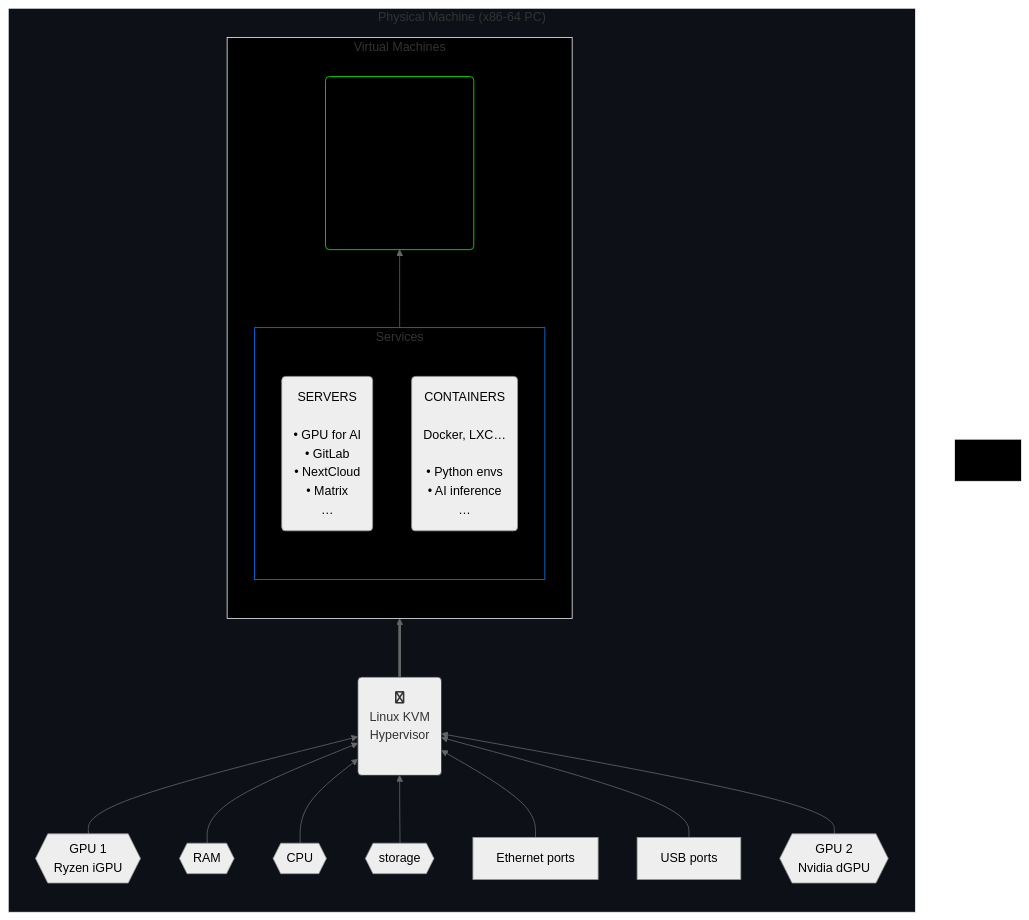
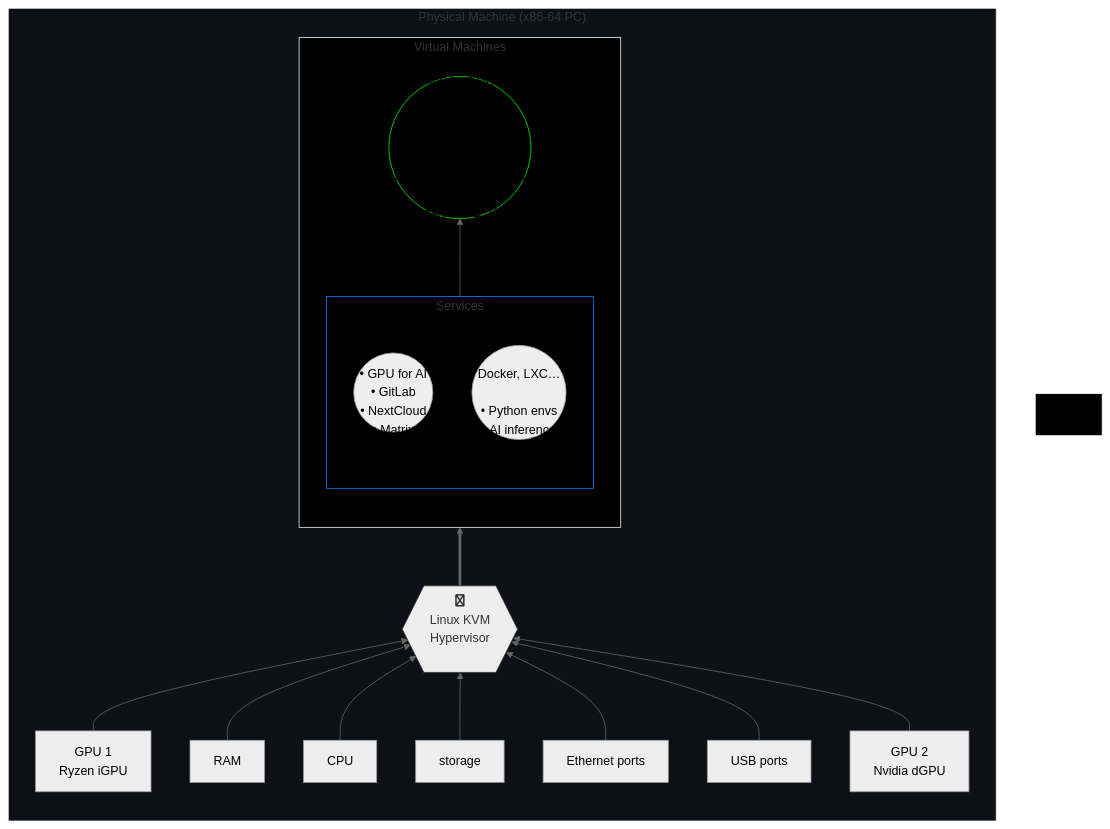
Before and after one commit to agenkit/GHost: the first of 2 diagrams in README.md, drawn with Mermaid (neutral theme). The commit also changed other lines of this file, not shown here.

````diff
--- a/README.md
+++ b/README.md
@@ -21,44 +21,47 @@
 ```mermaid
 graph BT
 
-subgraph p["Physical Machine (x86-64 PC)"]
-   direction BT
+   subgraph p["Physical Machine (x86-64 PC)"]
+      direction BT
 
-   pgpu1{{"GPU 1<br>Ryzen iGPU"}} --> host
-   pmem{{"RAM<br>"}} --> host
-   pcpu{{"CPU<br>"}} --> host
-   pstor{{"storage<br>"}} --> host
-   pnet["Ethernet ports"] --> host
-   pusb["USB ports"] --> host
-   pgpu2{{"GPU 2<br>Nvidia dGPU"}} --> host
-   host(fa:fa-linux<br>Linux KVM<br>Hypervisor<br><br>)
-host ==> v
+      pgpu1["GPU 1<br>Ryzen iGPU"] --> host
+      pmem["RAM<br>"] --> host
+      pcpu["CPU<br>"] --> host
+      pstor["storage<br>"] --> host
+      pnet["Ethernet ports"] --> host
+      pusb["USB ports"] --> host
+      pgpu2["GPU 2<br>Nvidia dGPU"] --> host
+      host{{fa:fa-linux<br>Linux KVM<br>Hypervisor<br><br>}}
 
-   subgraph v["Virtual Machines"]
-      direction BT
-      g("GUI WORKSTATION<br><br>any OS<br>(Linux, Windows…)<br><br>'native' GPU<br>with display,<br>keyboard, USB, NIC…")
+      host ==> v
 
-      subgraph s["Services"]
+      subgraph v["Virtual Machines"]
          direction BT
-         vsrv("SERVERS<br><br>• GPU for AI<br>• GitLab<br>• NextCloud<br>• Matrix<br>…")
-         cont("CONTAINERS<br><br>Docker, LXC…<br><br>• Python envs<br>• AI inference<br>…")
+
+         g(("GUI WORKSTATION<br><br>any OS<br>(Linux, Windows…)<br><br>PCIe GPU passthrough<br>with display,<br>keyboard, USB, NIC…"))
+
+         subgraph s["Services"]
+            direction BT
+            vsrv(("SERVERS<br><br>• GPU for AI<br>• GitLab<br>• NextCloud<br>• Matrix<br>…"))
+            cont(("CONTAINERS<br><br>Docker, LXC…<br><br>• Python envs<br>• AI    inference<br>…"))
+         end
+
+         s --> g
+
       end
-      s --> g
    end
-end
-
 
 p:::trans
 v:::wht
 host:::lit
 pcp:::wht
 s:::blu
 g:::grn
 
 classDef trans fill:#0d1117,stroke:#f0f6fc
 classDef wht fill:#000,stroke:#f0f6fc
 classDef red fill:#000,stroke:#f00
 classDef blu fill:#000,stroke:#007FFF
 classDef lit fill:#eee,stroke:#333,color:#333
 classDef grn fill:#000,stroke:#0f0
 ```
````
